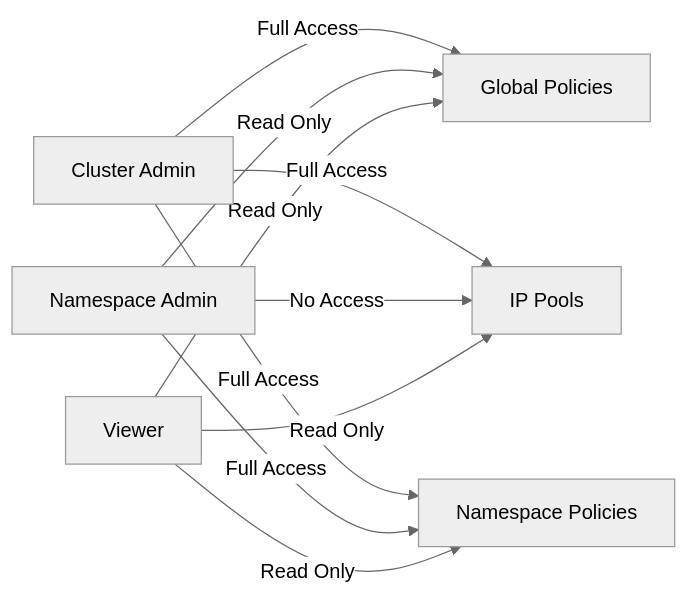
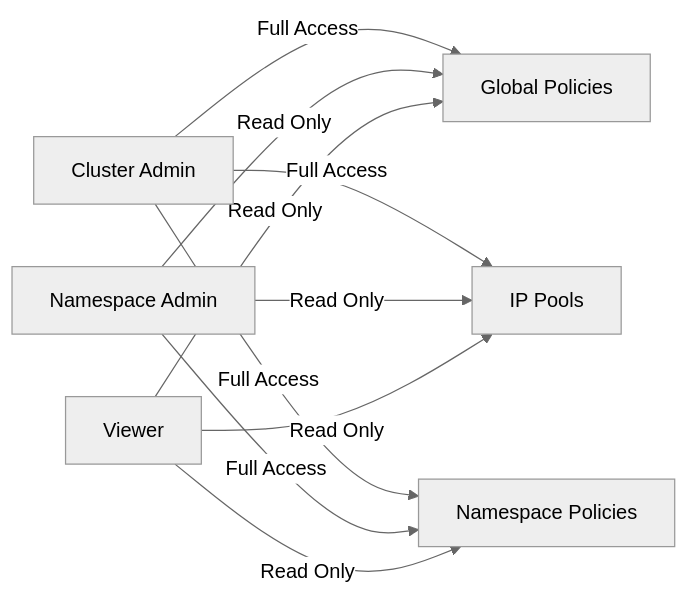
One commit to OneUptime/blog changed the diagram in posts/2026-03-14-verify-rbac-hard-way-calico/README.md. Above: the diagram before and after it, drawn with Mermaid (neutral theme). The commit also changed other lines of this file and 51 other files, not shown here.

````diff
--- a/posts/2026-03-14-verify-rbac-hard-way-calico/README.md
+++ b/posts/2026-03-14-verify-rbac-hard-way-calico/README.md
@@ -149,12 +149,12 @@
 ```mermaid
 graph LR
     A[Cluster Admin] -->|Full Access| B[Global Policies]
     A -->|Full Access| C[IP Pools]
     A -->|Full Access| D[Namespace Policies]
     E[Namespace Admin] -->|Read Only| B
-    E -->|No Access| C
+    E -->|Read Only| C
     E -->|Full Access| D
     F[Viewer] -->|Read Only| B
     F -->|Read Only| C
     F -->|Read Only| D
 ```
````
